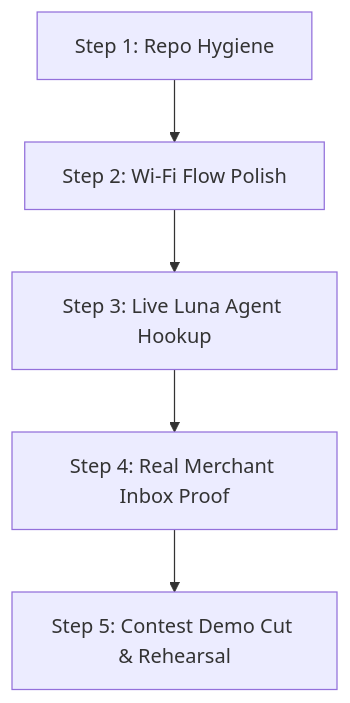
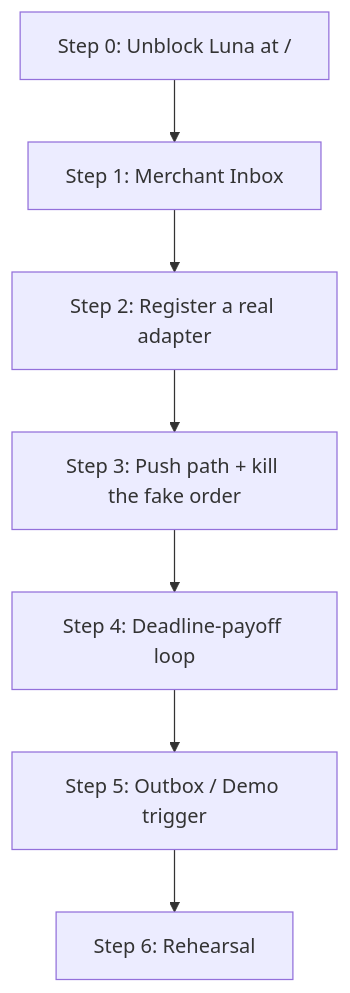
Before and after one commit to haitham72/dubai-io: the diagram in docs/gemini-review.md, drawn with Mermaid. The commit also changed other lines of this file and 6 other files, not shown here.

````diff
--- a/docs/gemini-review.md
+++ b/docs/gemini-review.md
@@ -86,7 +120,9 @@
 ```mermaid
 graph TD
-    A[Step 1: Repo Hygiene] --> B[Step 2: Wi-Fi Flow Polish]
-    B --> C[Step 3: Live Luna Agent Hookup]
-    C --> D[Step 4: Real Merchant Inbox Proof]
-    D --> E[Step 5: Contest Demo Cut & Rehearsal]
+    A[Step 0: Unblock Luna at /] --> B[Step 1: Merchant Inbox]
+    B --> C[Step 2: Register a real adapter]
+    C --> D[Step 3: Push path + kill the fake order]
+    D --> E[Step 4: Deadline-payoff loop]
+    E --> F[Step 5: Outbox / Demo trigger]
+    F --> G[Step 6: Rehearsal]
 ```
````
